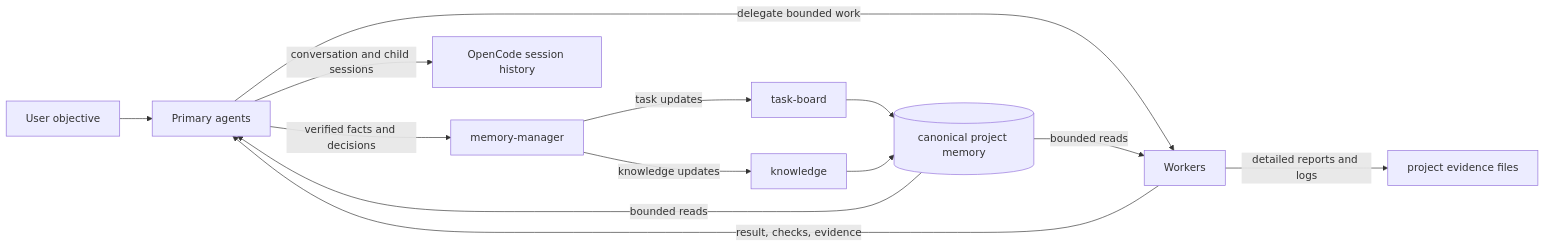
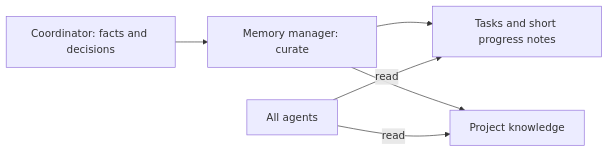
One commit to smartfrog/opencode-froggy changed the diagram in docs/memory.md. Above: the diagram before and after it, drawn with Mermaid. The commit also changed other lines of this file and 37 other files, not shown here.

````diff
--- a/docs/memory.md
+++ b/docs/memory.md
@@ -114,15 +6,8 @@
 ```mermaid
 flowchart LR
-    U[User objective] --> P[Primary agents]
-    P -->|delegate bounded work| W[Workers]
-    W -->|result, checks, evidence| P
-    P -->|verified facts and decisions| M[memory-manager]
-    M -->|task updates| T[task-board]
-    M -->|knowledge updates| K[knowledge]
-    T --> DB[(canonical project memory)]
-    K --> DB
-    DB -->|bounded reads| P
-    DB -->|bounded reads| W
-    W -->|detailed reports and logs| E[project evidence files]
-    P -->|conversation and child sessions| S[OpenCode session history]
+    C[Coordinator: facts and decisions] --> M[Memory manager: curate]
+    M --> T[Tasks and short progress notes]
+    M --> K[Project knowledge]
+    A[All agents] -->|read| T
+    A -->|read| K
 ```
````
